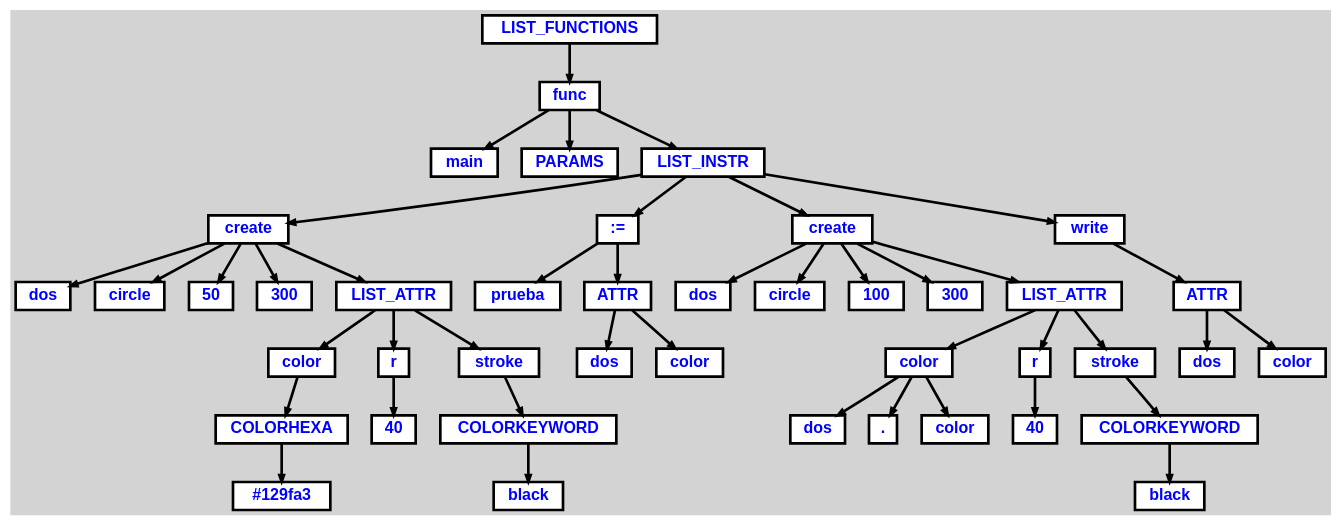
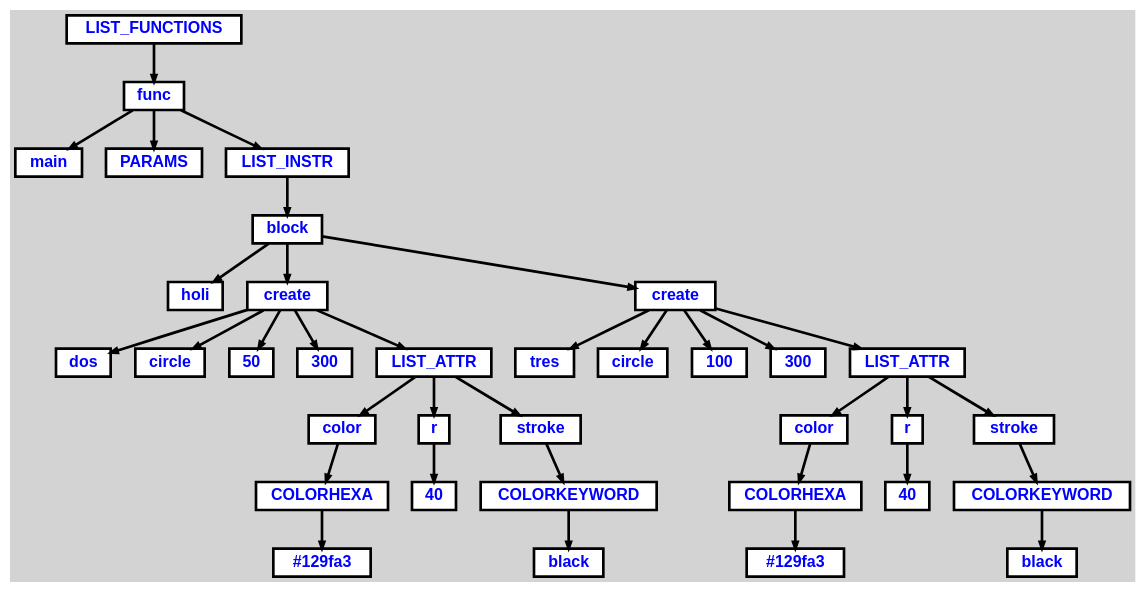
The diagram in a.dot (Outer2g/SVGAnimation), drawn with Graphviz before and after one commit. The commit also changed 8 other files, not shown here.

```diff
--- a/a.dot
+++ b/a.dot
@@ -1,115 +1,97 @@
 digraph {
 
 	ordering=out;
 	ranksep=.4;
 	bgcolor="lightgrey"; node [shape=box, fixedsize=false, fontsize=12, fontname="Helvetica-bold", fontcolor="blue"
 		width=.25, height=.25, color="black", fillcolor="white", style="filled, solid, bold"];
 	edge [arrowsize=.5, color="black", style="bold"]
 
   n0 [label="LIST_FUNCTIONS"];
   n1 [label="func"];
   n1 [label="func"];
   n2 [label="main"];
   n3 [label="PARAMS"];
   n4 [label="LIST_INSTR"];
   n4 [label="LIST_INSTR"];
-  n5 [label="create"];
-  n5 [label="create"];
-  n6 [label="dos"];
-  n7 [label="circle"];
-  n8 [label="50"];
-  n9 [label="300"];
-  n10 [label="LIST_ATTR"];
-  n10 [label="LIST_ATTR"];
-  n11 [label="color"];
-  n11 [label="color"];
-  n12 [label="COLORHEXA"];
-  n12 [label="COLORHEXA"];
-  n13 [label="#129fa3"];
-  n14 [label="r"];
-  n14 [label="r"];
-  n15 [label="40"];
-  n16 [label="stroke"];
-  n16 [label="stroke"];
-  n17 [label="COLORKEYWORD"];
-  n17 [label="COLORKEYWORD"];
-  n18 [label="black"];
-  n19 [label=":="];
-  n19 [label=":="];
-  n20 [label="prueba"];
-  n21 [label="ATTR"];
-  n21 [label="ATTR"];
-  n22 [label="dos"];
-  n23 [label="color"];
-  n24 [label="create"];
-  n24 [label="create"];
-  n25 [label="dos"];
-  n26 [label="circle"];
-  n27 [label="100"];
-  n28 [label="300"];
-  n29 [label="LIST_ATTR"];
-  n29 [label="LIST_ATTR"];
-  n30 [label="color"];
-  n30 [label="color"];
-  n31 [label="dos"];
-  n32 [label="."];
-  n33 [label="color"];
-  n34 [label="r"];
-  n34 [label="r"];
-  n35 [label="40"];
-  n36 [label="stroke"];
-  n36 [label="stroke"];
-  n37 [label="COLORKEYWORD"];
-  n37 [label="COLORKEYWORD"];
-  n38 [label="black"];
-  n39 [label="write"];
-  n39 [label="write"];
-  n40 [label="ATTR"];
-  n40 [label="ATTR"];
-  n41 [label="dos"];
-  n42 [label="color"];
+  n5 [label="block"];
+  n5 [label="block"];
+  n6 [label="holi"];
+  n7 [label="create"];
+  n7 [label="create"];
+  n8 [label="dos"];
+  n9 [label="circle"];
+  n10 [label="50"];
+  n11 [label="300"];
+  n12 [label="LIST_ATTR"];
+  n12 [label="LIST_ATTR"];
+  n13 [label="color"];
+  n13 [label="color"];
+  n14 [label="COLORHEXA"];
+  n14 [label="COLORHEXA"];
+  n15 [label="#129fa3"];
+  n16 [label="r"];
+  n16 [label="r"];
+  n17 [label="40"];
+  n18 [label="stroke"];
+  n18 [label="stroke"];
+  n19 [label="COLORKEYWORD"];
+  n19 [label="COLORKEYWORD"];
+  n20 [label="black"];
+  n21 [label="create"];
+  n21 [label="create"];
+  n22 [label="tres"];
+  n23 [label="circle"];
+  n24 [label="100"];
+  n25 [label="300"];
+  n26 [label="LIST_ATTR"];
+  n26 [label="LIST_ATTR"];
+  n27 [label="color"];
+  n27 [label="color"];
+  n28 [label="COLORHEXA"];
+  n28 [label="COLORHEXA"];
+  n29 [label="#129fa3"];
+  n30 [label="r"];
+  n30 [label="r"];
+  n31 [label="40"];
+  n32 [label="stroke"];
+  n32 [label="stroke"];
+  n33 [label="COLORKEYWORD"];
+  n33 [label="COLORKEYWORD"];
+  n34 [label="black"];
 
   n0 -> n1 // "LIST_FUNCTIONS" -> "func"
   n1 -> n2 // "func" -> "main"
   n1 -> n3 // "func" -> "PARAMS"
   n1 -> n4 // "func" -> "LIST_INSTR"
-  n4 -> n5 // "LIST_INSTR" -> "create"
-  n5 -> n6 // "create" -> "dos"
-  n5 -> n7 // "create" -> "circle"
-  n5 -> n8 // "create" -> "50"
-  n5 -> n9 // "create" -> "300"
-  n5 -> n10 // "create" -> "LIST_ATTR"
-  n10 -> n11 // "LIST_ATTR" -> "color"
-  n11 -> n12 // "color" -> "COLORHEXA"
-  n12 -> n13 // "COLORHEXA" -> "#129fa3"
-  n10 -> n14 // "LIST_ATTR" -> "r"
-  n14 -> n15 // "r" -> "40"
-  n10 -> n16 // "LIST_ATTR" -> "stroke"
-  n16 -> n17 // "stroke" -> "COLORKEYWORD"
-  n17 -> n18 // "COLORKEYWORD" -> "black"
-  n4 -> n19 // "LIST_INSTR" -> ":="
-  n19 -> n20 // ":=" -> "prueba"
-  n19 -> n21 // ":=" -> "ATTR"
-  n21 -> n22 // "ATTR" -> "dos"
-  n21 -> n23 // "ATTR" -> "color"
-  n4 -> n24 // "LIST_INSTR" -> "create"
-  n24 -> n25 // "create" -> "dos"
-  n24 -> n26 // "create" -> "circle"
-  n24 -> n27 // "create" -> "100"
-  n24 -> n28 // "create" -> "300"
-  n24 -> n29 // "create" -> "LIST_ATTR"
-  n29 -> n30 // "LIST_ATTR" -> "color"
-  n30 -> n31 // "color" -> "dos"
-  n30 -> n32 // "color" -> "."
-  n30 -> n33 // "color" -> "color"
-  n29 -> n34 // "LIST_ATTR" -> "r"
-  n34 -> n35 // "r" -> "40"
-  n29 -> n36 // "LIST_ATTR" -> "stroke"
-  n36 -> n37 // "stroke" -> "COLORKEYWORD"
-  n37 -> n38 // "COLORKEYWORD" -> "black"
-  n4 -> n39 // "LIST_INSTR" -> "write"
-  n39 -> n40 // "write" -> "ATTR"
-  n40 -> n41 // "ATTR" -> "dos"
-  n40 -> n42 // "ATTR" -> "color"
+  n4 -> n5 // "LIST_INSTR" -> "block"
+  n5 -> n6 // "block" -> "holi"
+  n5 -> n7 // "block" -> "create"
+  n7 -> n8 // "create" -> "dos"
+  n7 -> n9 // "create" -> "circle"
+  n7 -> n10 // "create" -> "50"
+  n7 -> n11 // "create" -> "300"
+  n7 -> n12 // "create" -> "LIST_ATTR"
+  n12 -> n13 // "LIST_ATTR" -> "color"
+  n13 -> n14 // "color" -> "COLORHEXA"
+  n14 -> n15 // "COLORHEXA" -> "#129fa3"
+  n12 -> n16 // "LIST_ATTR" -> "r"
+  n16 -> n17 // "r" -> "40"
+  n12 -> n18 // "LIST_ATTR" -> "stroke"
+  n18 -> n19 // "stroke" -> "COLORKEYWORD"
+  n19 -> n20 // "COLORKEYWORD" -> "black"
+  n5 -> n21 // "block" -> "create"
+  n21 -> n22 // "create" -> "tres"
+  n21 -> n23 // "create" -> "circle"
+  n21 -> n24 // "create" -> "100"
+  n21 -> n25 // "create" -> "300"
+  n21 -> n26 // "create" -> "LIST_ATTR"
+  n26 -> n27 // "LIST_ATTR" -> "color"
+  n27 -> n28 // "color" -> "COLORHEXA"
+  n28 -> n29 // "COLORHEXA" -> "#129fa3"
+  n26 -> n30 // "LIST_ATTR" -> "r"
+  n30 -> n31 // "r" -> "40"
+  n26 -> n32 // "LIST_ATTR" -> "stroke"
+  n32 -> n33 // "stroke" -> "COLORKEYWORD"
+  n33 -> n34 // "COLORKEYWORD" -> "black"
 
 }
```
